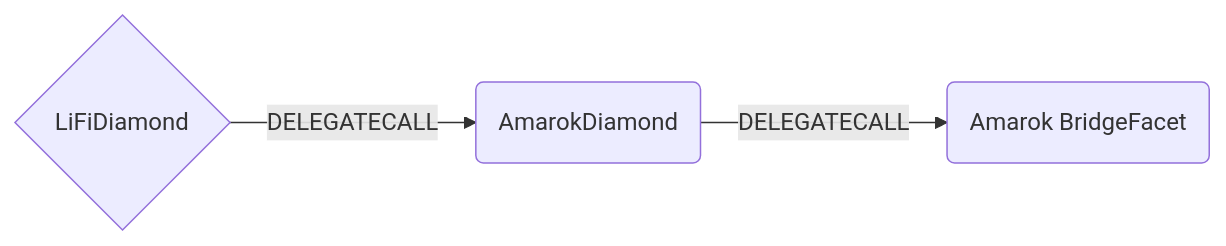
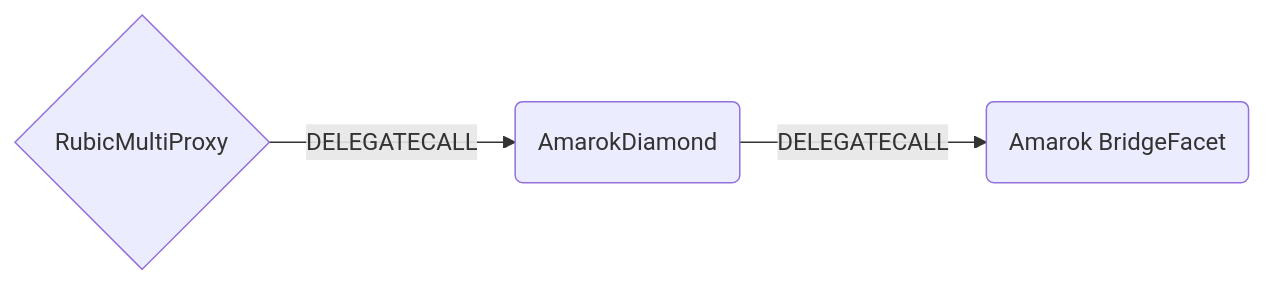
Before and after one commit to Cryptorubic/multi-proxy-rubic: the diagram in docs/AmarokFacet.md, drawn with Mermaid. The commit also changed other lines of this file and 82 other files, not shown here.

````diff
--- a/docs/AmarokFacet.md
+++ b/docs/AmarokFacet.md
@@ -7,5 +7,5 @@
 ```mermaid
 graph LR;
-    D{LiFiDiamond}-- DELEGATECALL -->C(AmarokDiamond);
+    D{RubicMultiProxy}-- DELEGATECALL -->C(AmarokDiamond);
     C(AmarokDiamond) -- DELEGATECALL --> O(Amarok BridgeFacet)
 ```
````
